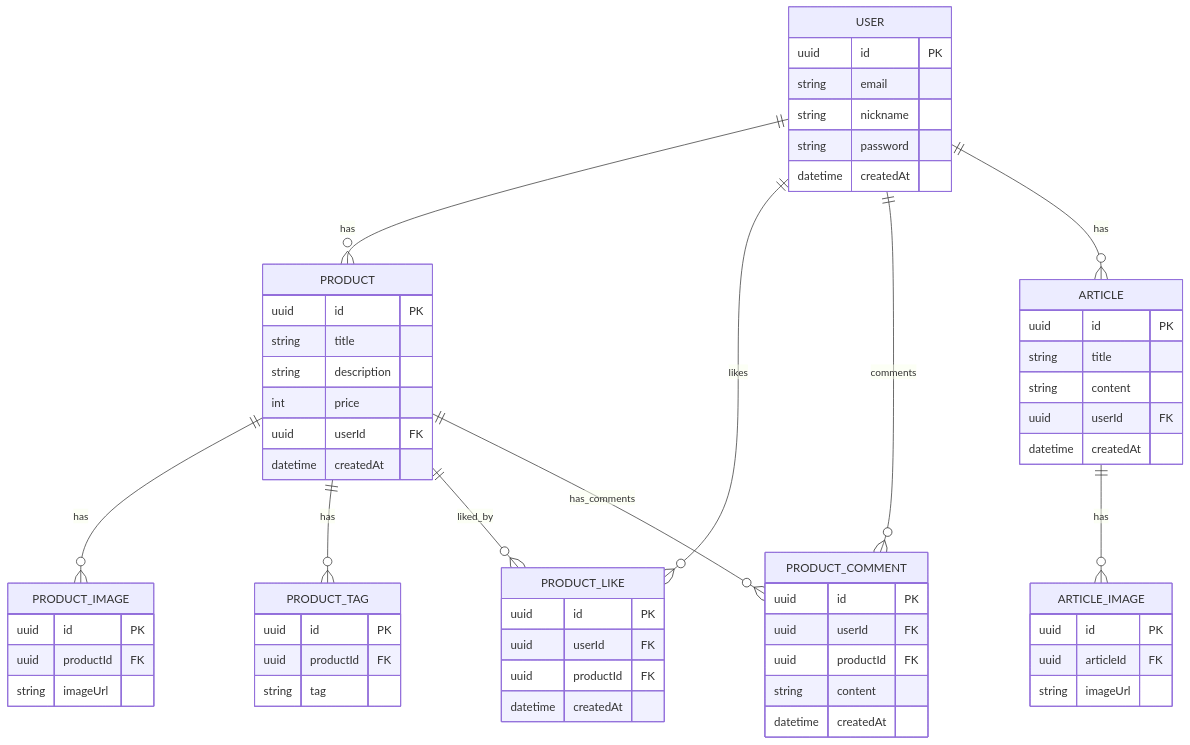
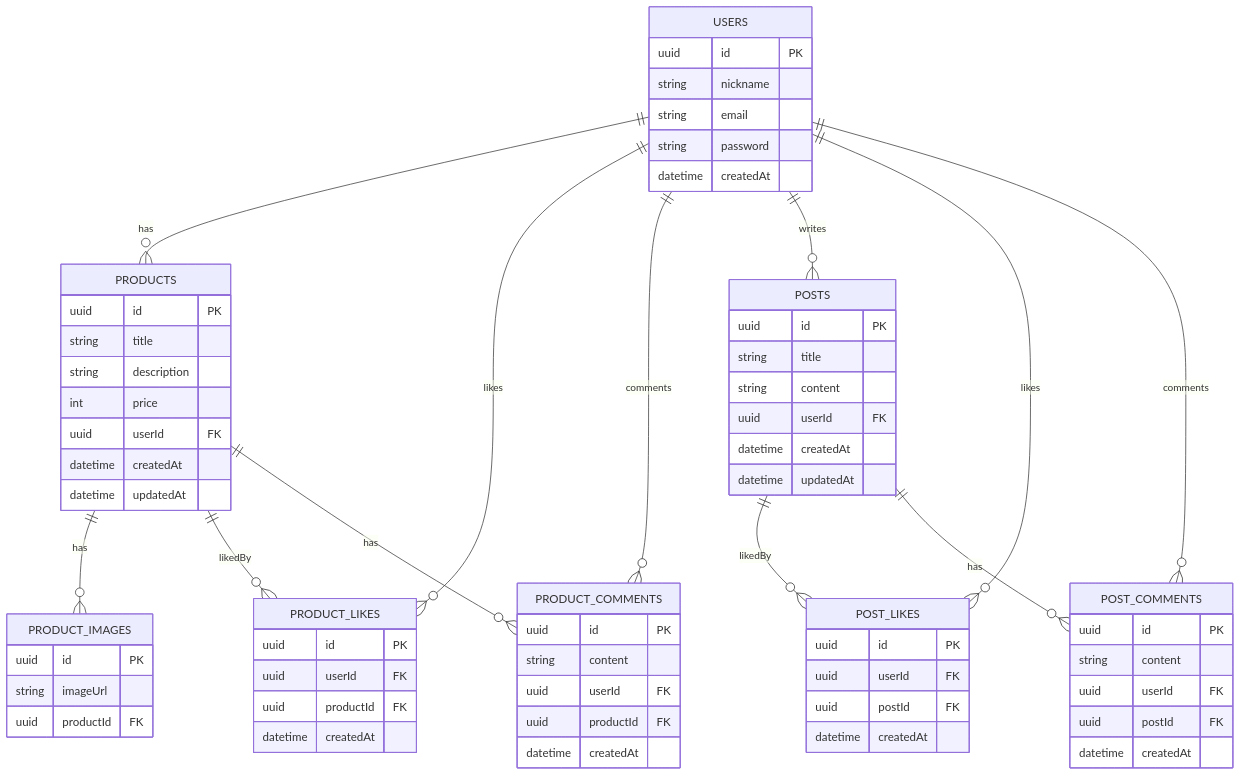
The diagram in README.md (funfungun/readmetest), drawn with Mermaid before and after one commit.

````diff
--- a/README.md
+++ b/README.md
@@ -1,74 +1,81 @@
 ```mermaid
 erDiagram
 
-  USER {
+  USERS {
     uuid id PK
+    string nickname
     string email
-    string nickname
     string password
     datetime createdAt
   }
 
-  PRODUCT {
+  PRODUCTS {
     uuid id PK
     string title
     string description
     int price
     uuid userId FK
     datetime createdAt
+    datetime updatedAt
   }
 
-  PRODUCT_IMAGE {
+  PRODUCT_IMAGES {
     uuid id PK
+    string imageUrl
     uuid productId FK
-    string imageUrl
   }
 
-  PRODUCT_TAG {
-    uuid id PK
-    uuid productId FK
-    string tag
-  }
-
-  PRODUCT_LIKE {
+  PRODUCT_LIKES {
     uuid id PK
     uuid userId FK
     uuid productId FK
     datetime createdAt
   }
 
-  PRODUCT_COMMENT {
+  PRODUCT_COMMENTS {
     uuid id PK
+    string content
     uuid userId FK
     uuid productId FK
-    string content
     datetime createdAt
   }
 
-  ARTICLE {
+  POSTS {
     uuid id PK
     string title
     string content
     uuid userId FK
     datetime createdAt
+    datetime updatedAt
   }
 
-  ARTICLE_IMAGE {
+  POST_LIKES {
     uuid id PK
-    uuid articleId FK
-    string imageUrl
+    uuid userId FK
+    uuid postId FK
+    datetime createdAt
   }
 
-  USER ||--o{ PRODUCT : has
-  PRODUCT ||--o{ PRODUCT_IMAGE : has
-  PRODUCT ||--o{ PRODUCT_TAG : has
+  POST_COMMENTS {
+    uuid id PK
+    string content
+    uuid userId FK
+    uuid postId FK
+    datetime createdAt
+  }
 
-  USER ||--o{ PRODUCT_LIKE : likes
-  PRODUCT ||--o{ PRODUCT_LIKE : liked_by
+  USERS ||--o{ PRODUCTS : has
+  USERS ||--o{ PRODUCT_LIKES : likes
+  USERS ||--o{ PRODUCT_COMMENTS : comments
+  USERS ||--o{ POSTS : writes
+  USERS ||--o{ POST_LIKES : likes
+  USERS ||--o{ POST_COMMENTS : comments
 
-  USER ||--o{ PRODUCT_COMMENT : comments
-  PRODUCT ||--o{ PRODUCT_COMMENT : has_comments
+  PRODUCTS ||--o{ PRODUCT_IMAGES : has
+  PRODUCTS ||--o{ PRODUCT_LIKES : likedBy
+  PRODUCTS ||--o{ PRODUCT_COMMENTS : has
 
-  USER ||--o{ ARTICLE : has
-  ARTICLE ||--o{ ARTICLE_IMAGE : has
+  POSTS ||--o{ POST_LIKES : likedBy
+  POSTS ||--o{ POST_COMMENTS : has
+
 ```
````
